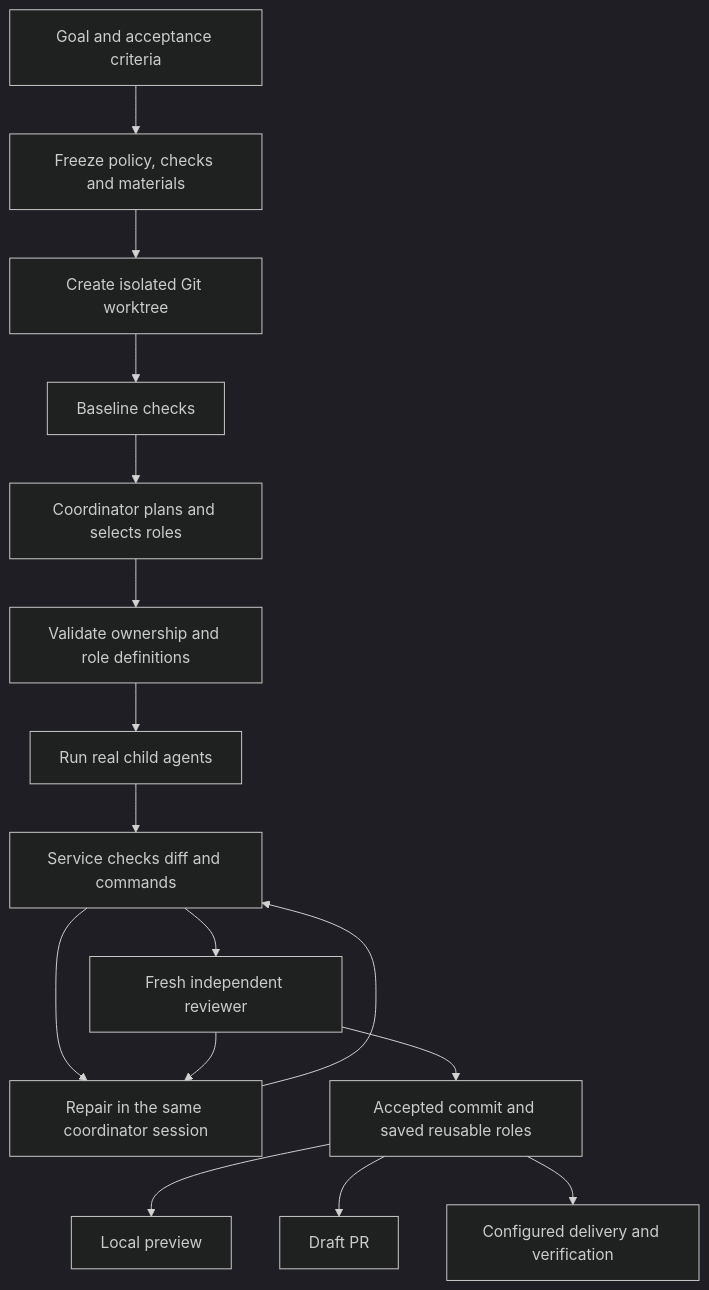
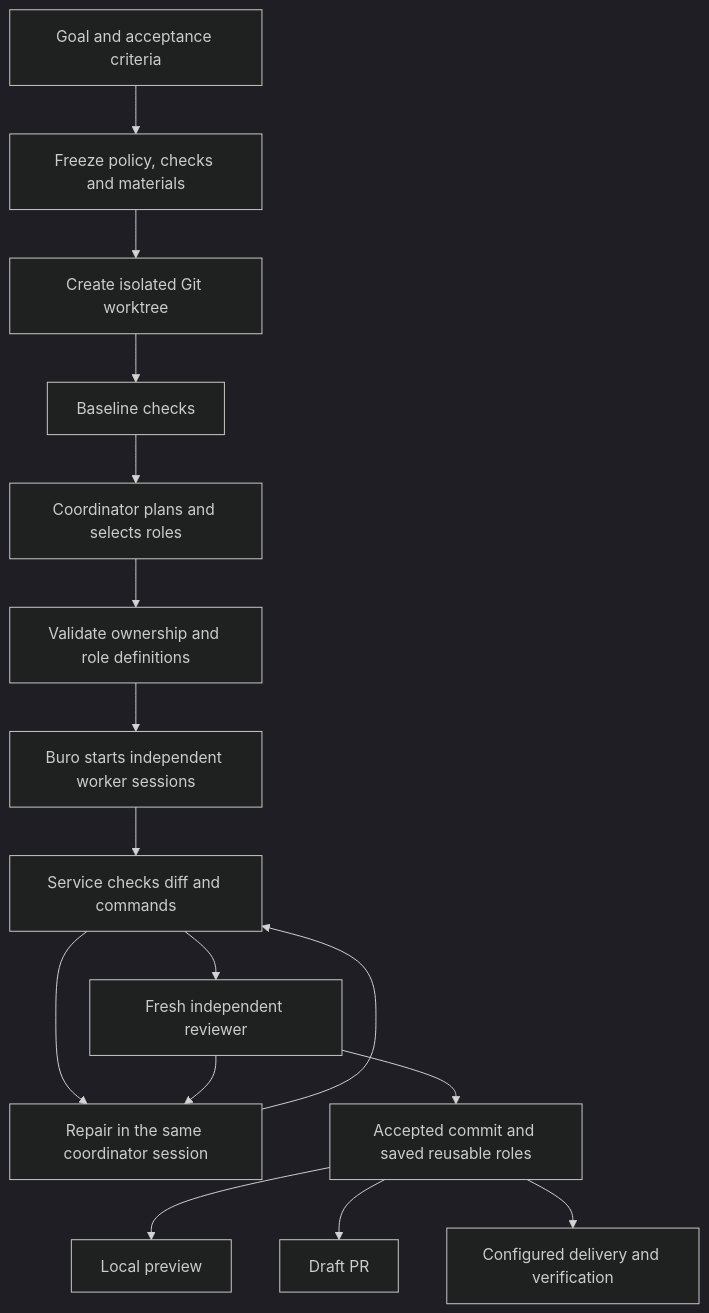
Before and after one commit to buro-hq/buro: the diagram in GOAL-EXECUTION-POC.md, drawn with Mermaid (dark theme). The commit also changed other lines of this file and 14 other files, not shown here.

Commit message:
Let Buro own worker dispatch and assignment identity

````diff
--- a/GOAL-EXECUTION-POC.md
+++ b/GOAL-EXECUTION-POC.md
@@ -7,18 +7,18 @@
 ```mermaid
 flowchart TD
   Goal[Goal and acceptance criteria] --> Freeze[Freeze policy, checks and materials]
   Freeze --> Workspace[Create isolated Git worktree]
   Workspace --> Baseline[Baseline checks]
   Baseline --> Plan[Coordinator plans and selects roles]
   Plan --> Validate[Validate ownership and role definitions]
-  Validate --> Workers[Run real child agents]
+  Validate --> Workers[Buro starts independent worker sessions]
   Workers --> Checks[Service checks diff and commands]
   Checks --> Review[Fresh independent reviewer]
   Checks --> Repair[Repair in the same coordinator session]
   Review --> Repair
   Repair --> Checks
   Review --> Accept[Accepted commit and saved reusable roles]
   Accept --> Inspect[Local preview]
   Accept --> PR[Draft PR]
   Accept --> Delivery[Configured delivery and verification]
 ```
````
